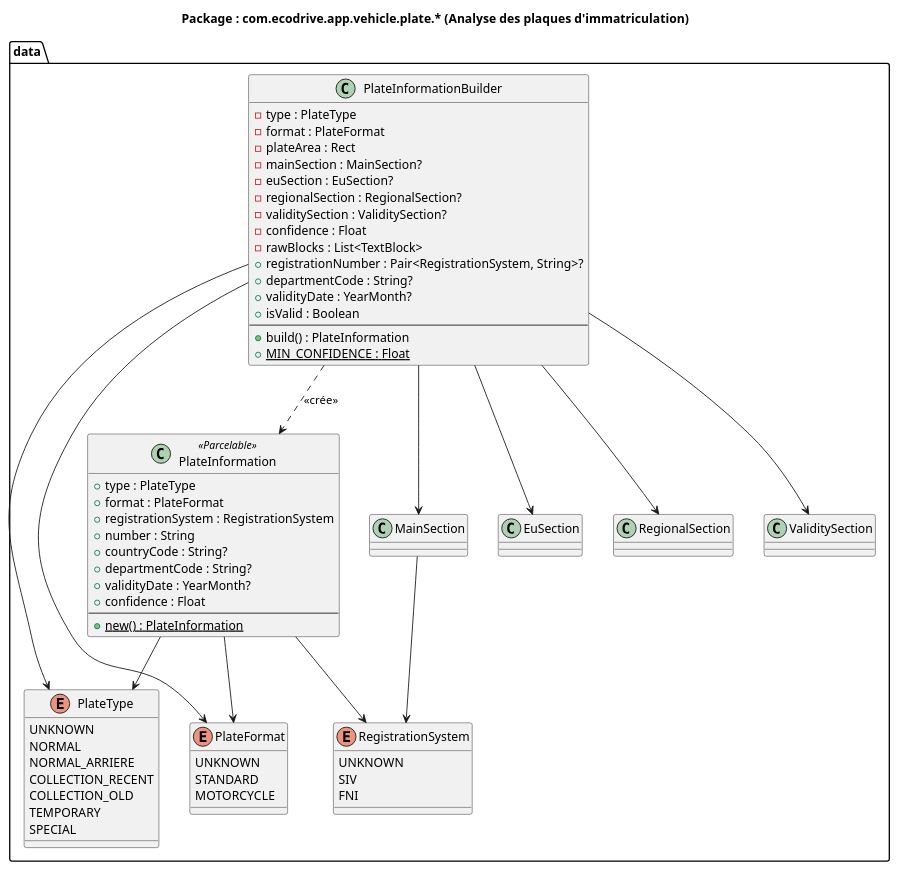
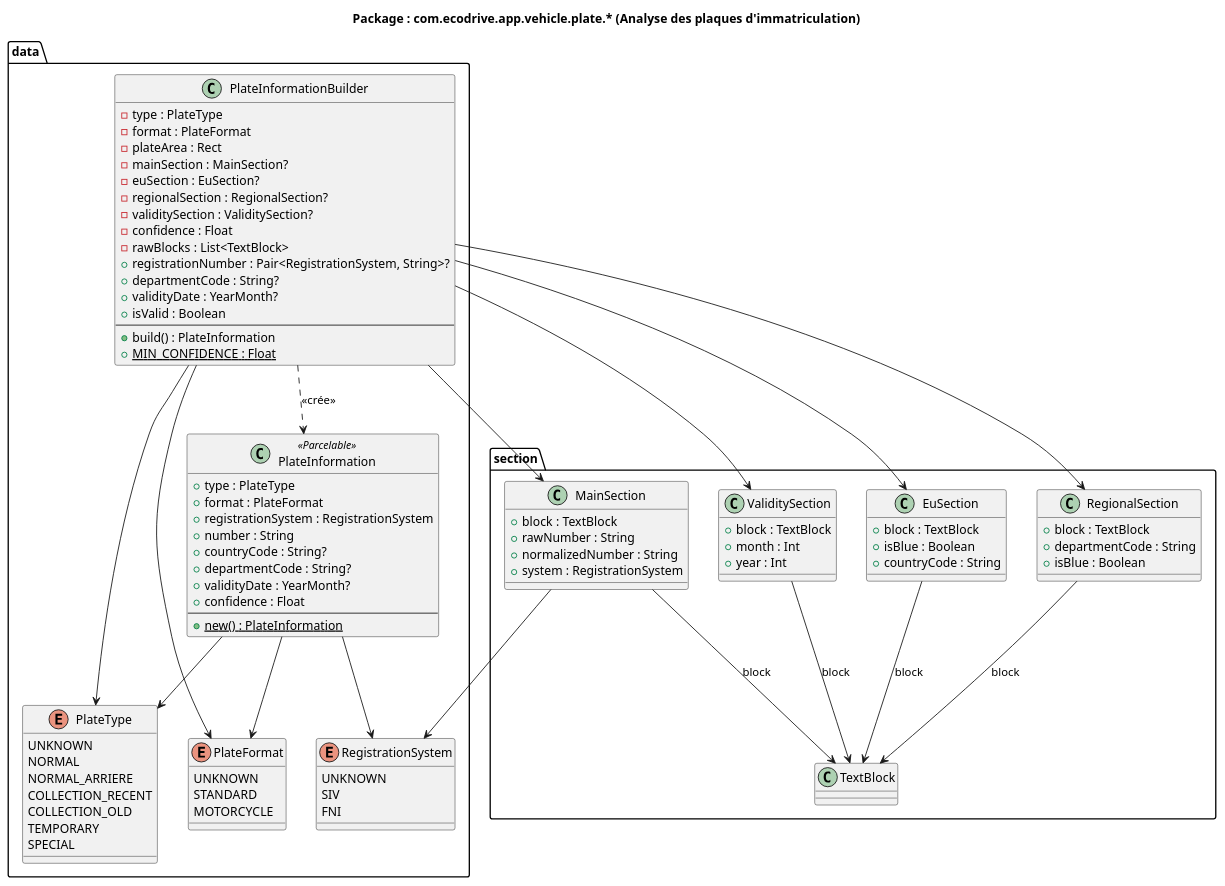
One commit to Valentin-Gauthier/automl_api changed the diagram in Diagrammes/02_vehicle_plate_data.puml. Above: the diagram before and after it, drawn with PlantUML. The commit also changed 2 other files, not shown here.

Commit message:
Correction des diagrammes

```diff
--- a/Diagrammes/02_vehicle_plate_data.puml
+++ b/Diagrammes/02_vehicle_plate_data.puml
@@ -1,72 +1,104 @@
 @startuml
 title Package : com.ecodrive.app.vehicle.plate.* (Analyse des plaques d'immatriculation)
 
 package ".data" {
+	package ".section" {
+		class EuSection {
+			+block : TextBlock
+			+isBlue : Boolean
+			+countryCode : String
+		}
+
+		class MainSection {
+			+block : TextBlock
+			+rawNumber : String
+			+normalizedNumber : String
+			+system : RegistrationSystem
+		}
+
+		class RegionalSection {
+			+block : TextBlock
+			+departmentCode : String
+			+isBlue : Boolean
+		}
+
+		class ValiditySection {
+			+block : TextBlock
+			+month : Int
+			+year : Int
+		}
+
+		EuSection       --> TextBlock : block
+		MainSection     --> TextBlock : block
+		RegionalSection --> TextBlock : block
+		ValiditySection --> TextBlock : block
+	}
+
 	enum PlateType {
 		UNKNOWN
 		NORMAL
 		NORMAL_ARRIERE
 		COLLECTION_RECENT
 		COLLECTION_OLD
 		TEMPORARY
 		SPECIAL
 	}
 
 	enum PlateFormat {
 		UNKNOWN
 		STANDARD
 		MOTORCYCLE
 	}
 
 	enum RegistrationSystem {
 		UNKNOWN
 		SIV
 		FNI
 	}
 
 	class PlateInformation <<Parcelable>> {
 		+type : PlateType
 		+format : PlateFormat
 		+registrationSystem : RegistrationSystem
 		+number : String
 		+countryCode : String?
 		+departmentCode : String?
 		+validityDate : YearMonth?
 		+confidence : Float
 		--
 		+{static} new() : PlateInformation
 	}
 
 	class PlateInformationBuilder {
 		-type : PlateType
 		-format : PlateFormat
 		-plateArea : Rect
 		-mainSection : MainSection?
 		-euSection : EuSection?
 		-regionalSection : RegionalSection?
 		-validitySection : ValiditySection?
 		-confidence : Float
 		-rawBlocks : List<TextBlock>
 		+registrationNumber : Pair<RegistrationSystem, String>?
 		+departmentCode : String?
 		+validityDate : YearMonth?
 		+isValid : Boolean
 		--
 		+build() : PlateInformation
 		+{static} MIN_CONFIDENCE : Float
 	}
 
 	PlateInformation       --> PlateType
 	PlateInformation       --> PlateFormat
 	PlateInformation       --> RegistrationSystem
 	PlateInformationBuilder --> PlateType
 	PlateInformationBuilder --> PlateFormat
 	PlateInformationBuilder --> MainSection
 	PlateInformationBuilder --> EuSection
 	PlateInformationBuilder --> RegionalSection
 	PlateInformationBuilder --> ValiditySection
 	PlateInformationBuilder ..> PlateInformation : <<crée>>
 	MainSection --> RegistrationSystem
 }
 
 @enduml
```
